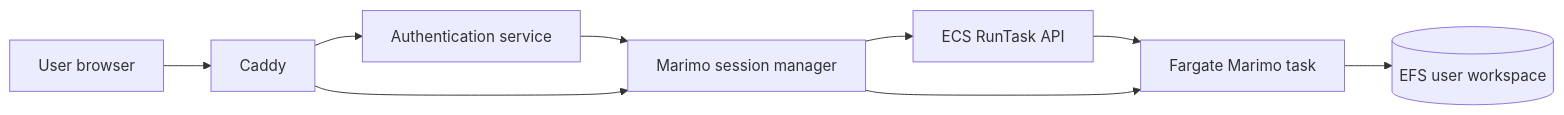
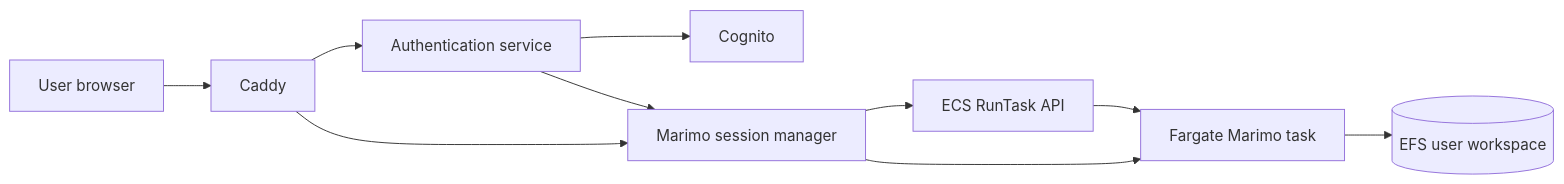
Before and after one commit to Chr1sC0de/energy-market-delta-lake: the diagram in specs/marimo-fargate-session-plan.md, drawn with Mermaid. The commit also changed other lines of this file, not shown here.

Commit message:
docs: add cognito routing to marimo fargate plan

````diff
--- a/specs/marimo-fargate-session-plan.md
+++ b/specs/marimo-fargate-session-plan.md
@@ -37,11 +38,12 @@
 ```mermaid
 flowchart LR
   U[User browser] --> C[Caddy]
   C --> A[Authentication service]
+  A --> CG[Cognito]
   A --> S[Marimo session manager]
   S --> ECS[ECS RunTask API]
   ECS --> T[Fargate Marimo task]
   T --> EFS[(EFS user workspace)]
   C --> S
   S --> T
 ```
````
